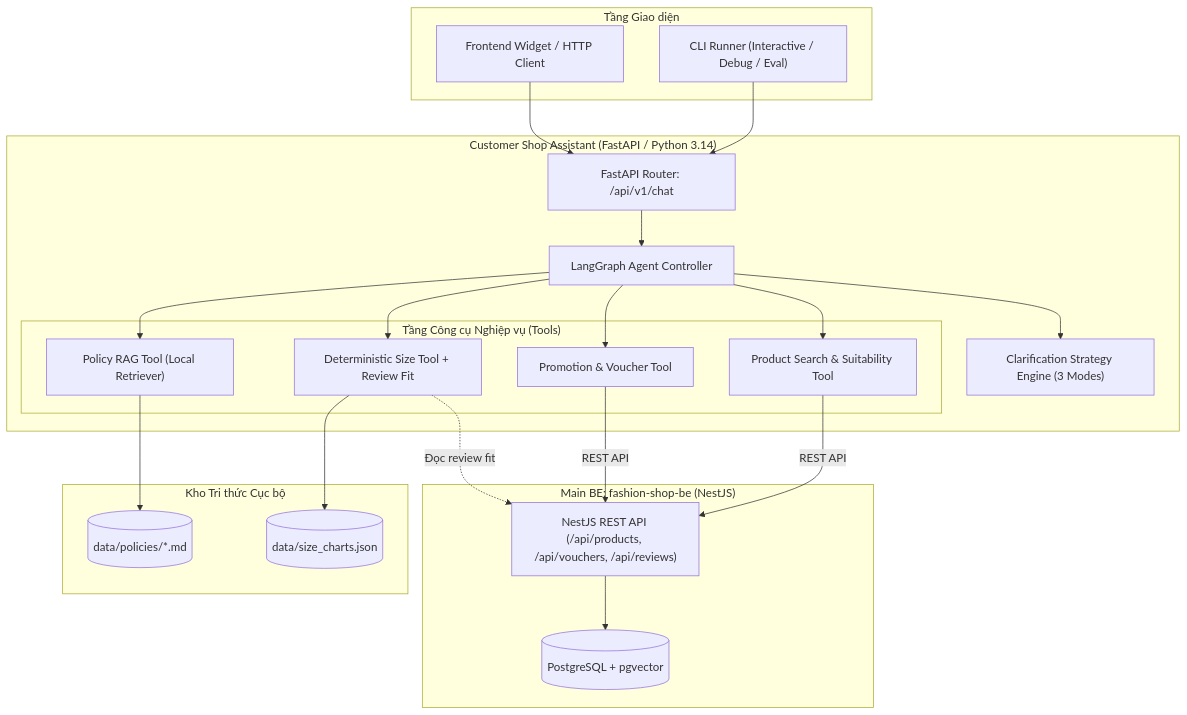
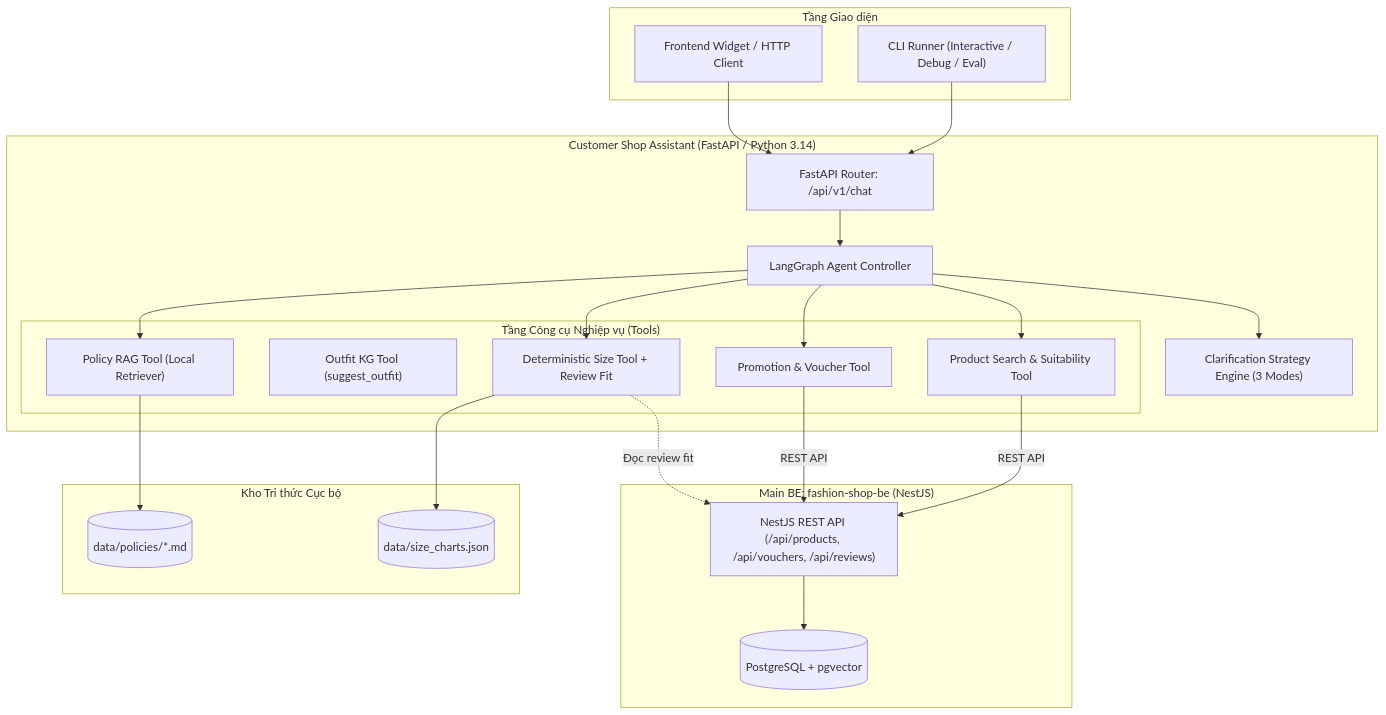
One commit to NqtPopCorn/customer-shop-assistant changed the diagram in docs/plans/prd.md. Above: the diagram before and after it, drawn with Mermaid. The commit also changed other lines of this file and 36 other files, not shown here.

Commit message:
feat(outfit-kg): add outfit knowledge graph, combo routing, and 1000-product seed

````diff
--- a/docs/plans/prd.md
+++ b/docs/plans/prd.md
@@ -176,47 +176,48 @@
 ```mermaid
 flowchart TD
     subgraph Clients["Tầng Giao diện"]
         CLI["CLI Runner (Interactive / Debug / Eval)"]
         API_CLIENT["Frontend Widget / HTTP Client"]
     end
 
     subgraph Assistant["Customer Shop Assistant (FastAPI / Python 3.14)"]
         ROUTER["FastAPI Router: /api/v1/chat"]
         CORE["LangGraph Agent Controller"]
         CLARIFY["Clarification Strategy Engine (3 Modes)"]
         
         subgraph Tools["Tầng Công cụ Nghiệp vụ (Tools)"]
             CAT_TOOL["Product Search & Suitability Tool"]
+            OUTFIT_TOOL["Outfit KG Tool (suggest_outfit)"]
             SIZE_TOOL["Deterministic Size Tool + Review Fit"]
             PROMO_TOOL["Promotion & Voucher Tool"]
             POLICY_TOOL["Policy RAG Tool (Local Retriever)"]
         end
     end
 
     subgraph MainBE["Main BE: fashion-shop-be (NestJS)"]
         BE_API["NestJS REST API (/api/products, /api/vouchers, /api/reviews)"]
         PG_VECTOR[("PostgreSQL + pgvector")]
     end
 
     subgraph Knowledge["Kho Tri thức Cục bộ"]
         POLICIES[("data/policies/*.md")]
         SIZE_DATA[("data/size_charts.json")]
     end
 
     CLI --> ROUTER
     API_CLIENT --> ROUTER
     ROUTER --> CORE
     CORE --> CLARIFY
     CORE --> CAT_TOOL
     CORE --> SIZE_TOOL
     CORE --> PROMO_TOOL
     CORE --> POLICY_TOOL
 
     CAT_TOOL -->|REST API| BE_API
     PROMO_TOOL -->|REST API| BE_API
     BE_API --> PG_VECTOR
 
     SIZE_TOOL --> SIZE_DATA
     SIZE_TOOL -.->|Đọc review fit| BE_API
     POLICY_TOOL --> POLICIES
 ```
````
